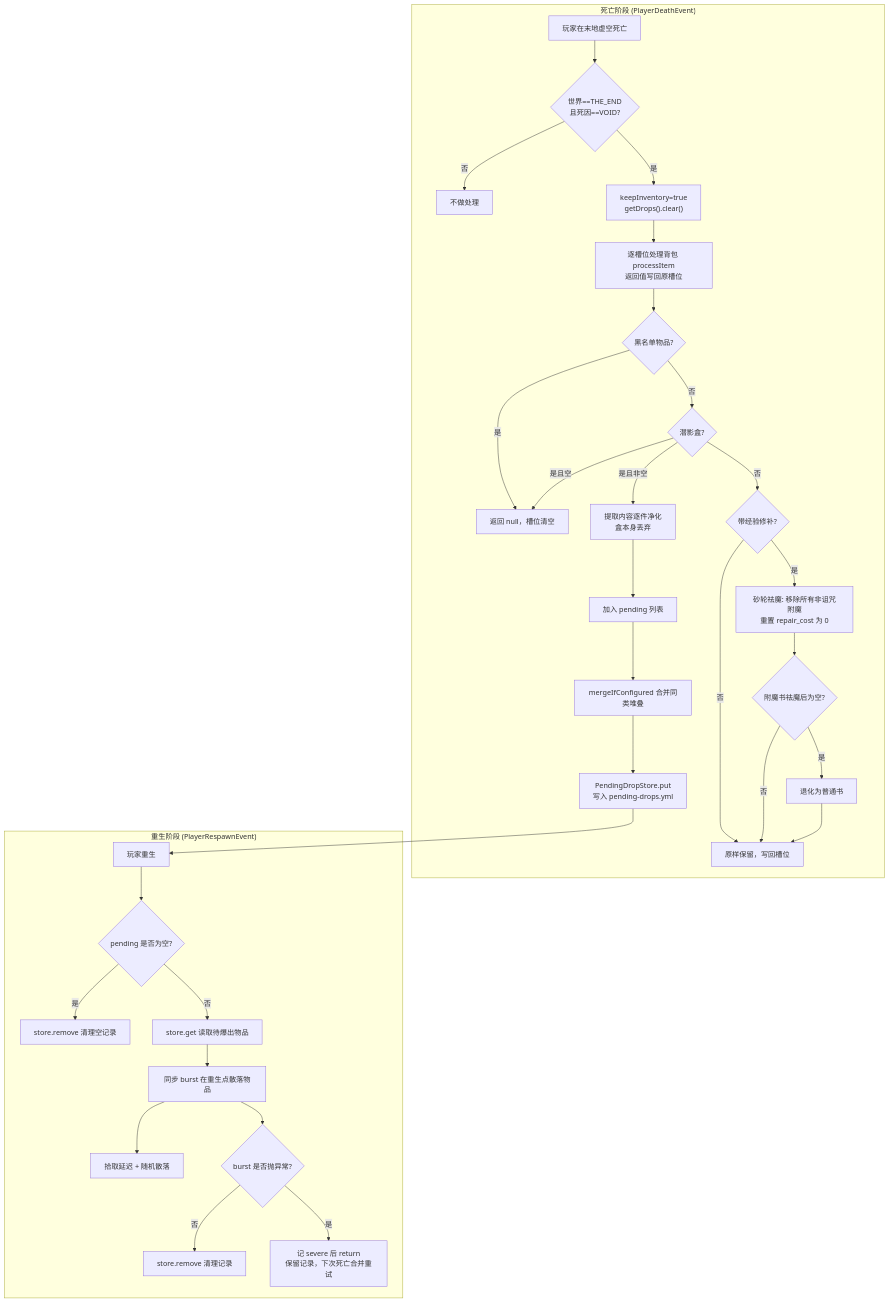
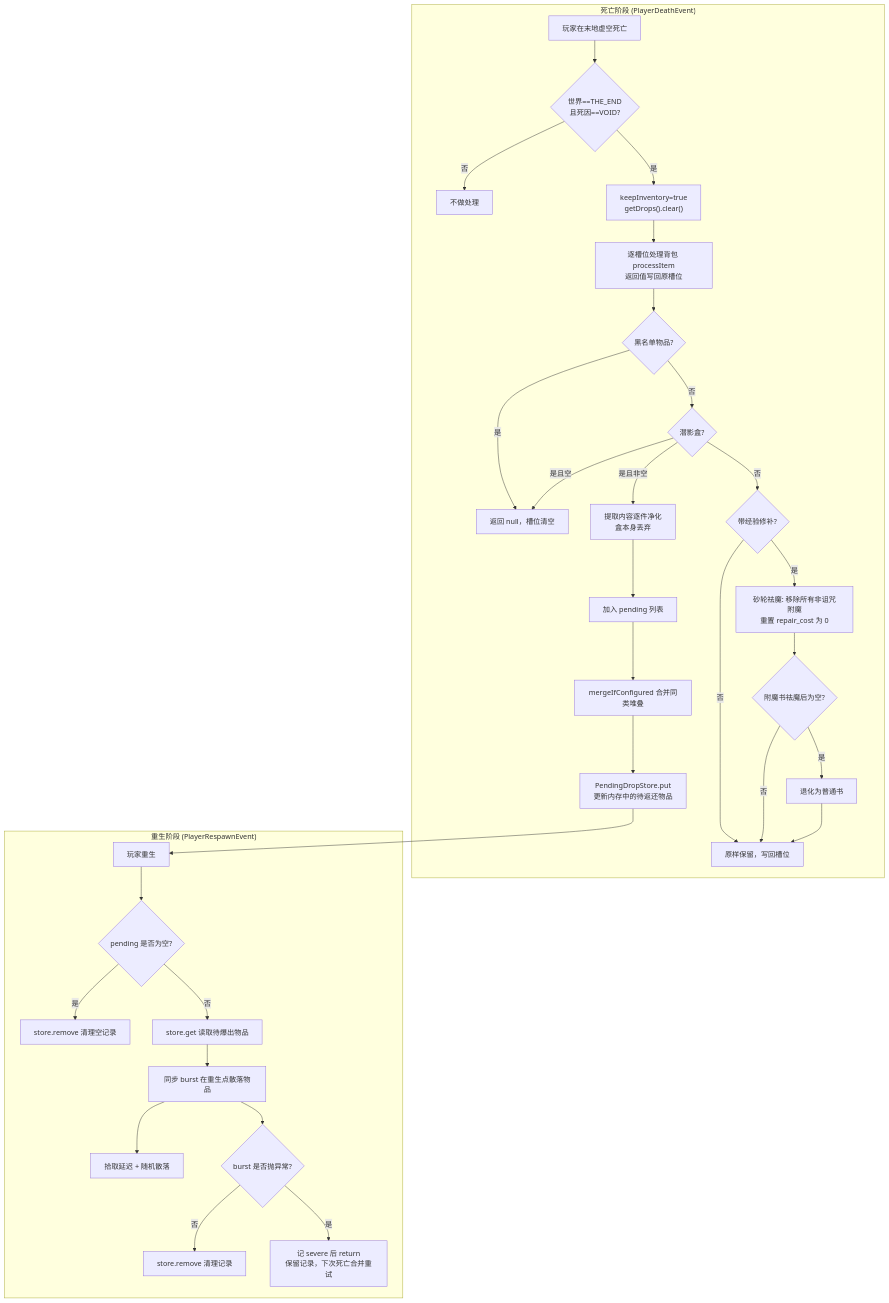
Before and after one commit to Lustrous-Hope-Makes-Dreams-Radiance/EndVoidRescue: the first of 3 diagrams in docs/plugin-diagram.md, drawn with Mermaid. The commit also changed other lines of this file and 5 other files, not shown here.

First line of the commit message:
save pending drops on shutdown (#10)

````diff
--- a/docs/plugin-diagram.md
+++ b/docs/plugin-diagram.md
@@ -3,36 +3,36 @@
 ```mermaid
 flowchart TD
     subgraph 死亡阶段["死亡阶段 (PlayerDeathEvent)"]
         A["玩家在末地虚空死亡"] --> B{"世界==THE_END<br/>且死因==VOID?"}
         B -- 否 --> Z["不做处理"]
         B -- 是 --> C["keepInventory=true<br/>getDrops().clear()"]
         C --> D["逐槽位处理背包 processItem<br/>返回值写回原槽位"]
         D --> E{"黑名单物品?"}
         E -- 是 --> X["返回 null，槽位清空"]
         E -- 否 --> F{"潜影盒?"}
         F -- 是且非空 --> G["提取内容逐件净化<br/>盒本身丢弃"]
         F -- 是且空 --> X
         F -- 否 --> H{"带经验修补?"}
         H -- 是 --> H2["砂轮祛魔: 移除所有非诅咒附魔<br/>重置 repair_cost 为 0"]
         H -- 否 --> I2["原样保留，写回槽位"]
         H2 --> H3{"附魔书祛魔后为空?"}
         H3 -- 是 --> H4["退化为普通书"]
         H3 -- 否 --> I2
         H4 --> I2
         G --> I["加入 pending 列表"]
         I --> J["mergeIfConfigured 合并同类堆叠"]
-        J --> K["PendingDropStore.put<br/>写入 pending-drops.yml"]
+        J --> K["PendingDropStore.put<br/>更新内存中的待返还物品"]
     end
 
     subgraph 重生阶段["重生阶段 (PlayerRespawnEvent)"]
         K --> L["玩家重生"]
         L --> L2{"pending 是否为空?"}
         L2 -- 是 --> Q["store.remove 清理空记录"]
         L2 -- 否 --> M["store.get 读取待爆出物品"]
         M --> O["同步 burst 在重生点散落物品"]
         O --> P["拾取延迟 + 随机散落"]
         O --> R{"burst 是否抛异常?"}
         R -- 否 --> S["store.remove 清理记录"]
         R -- 是 --> T["记 severe 后 return<br/>保留记录，下次死亡合并重试"]
     end
 ```
````
